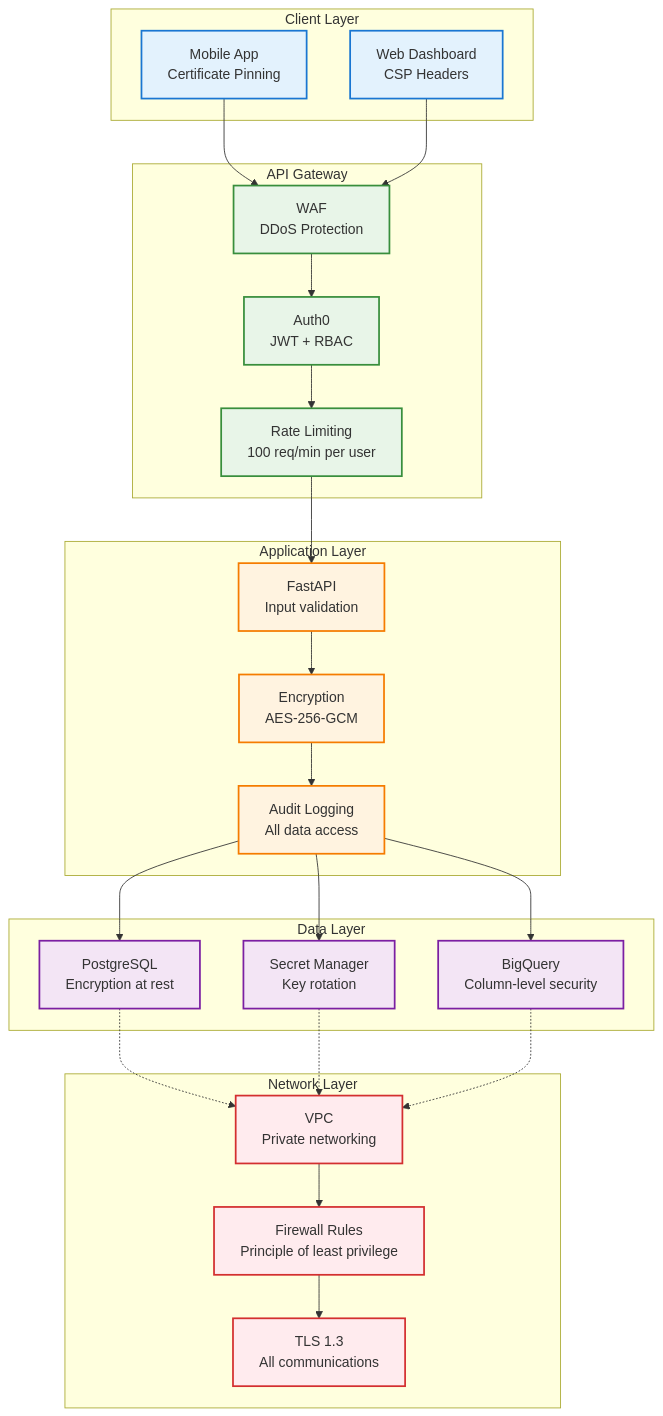
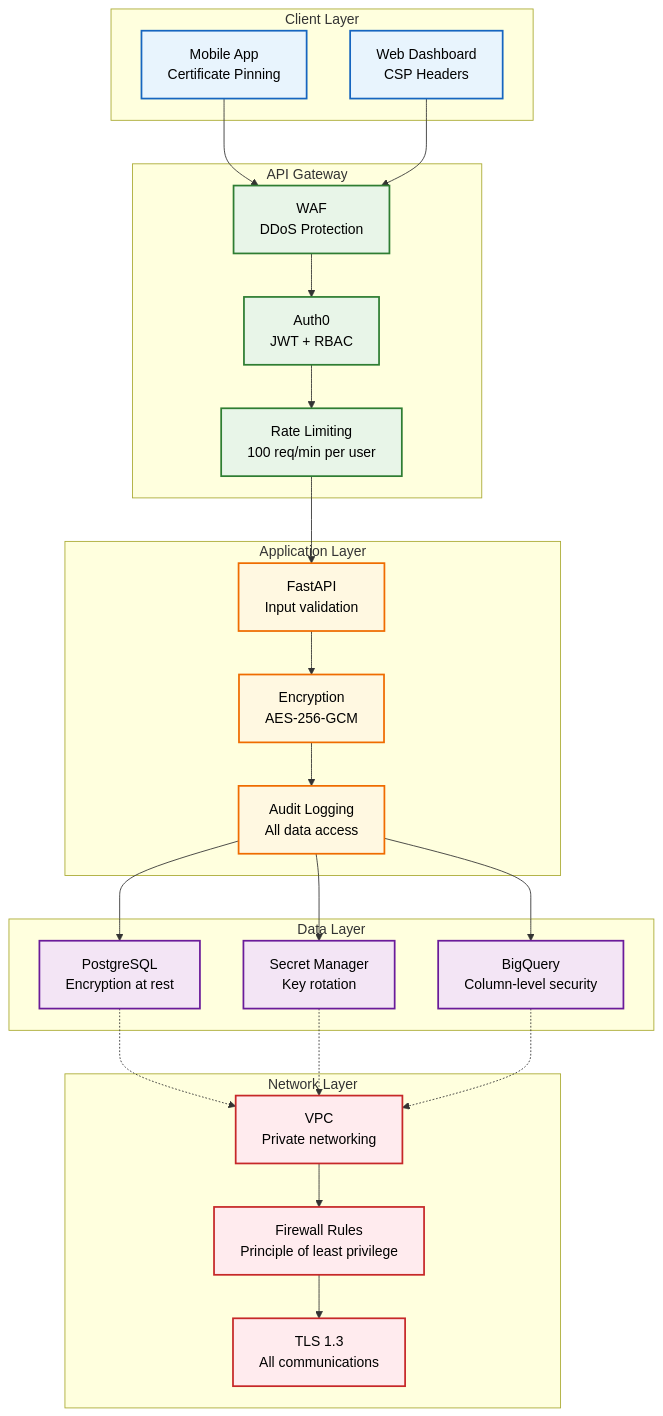
Before and after one commit to PriscillaOng12/Aegis: the fifth of 11 diagrams in docs/ARCHITECTURE.md, drawn with Mermaid. The commit also changed other lines of this file, not shown here.

````diff
--- a/docs/ARCHITECTURE.md
+++ b/docs/ARCHITECTURE.md
@@ -321,60 +321,60 @@
 ```mermaid
 graph TB
     subgraph "Client Layer"
-        A1[ Mobile App<br/>Certificate Pinning]
-        A2[ Web Dashboard<br/>CSP Headers]
+        A1[Mobile App<br/>Certificate Pinning]
+        A2[Web Dashboard<br/>CSP Headers]
     end
     
     subgraph "API Gateway"
-        B1[ WAF<br/>DDoS Protection]
-        B2[ Auth0<br/>JWT + RBAC]
-        B3[ Rate Limiting<br/>100 req/min per user]
+        B1[WAF<br/>DDoS Protection]
+        B2[Auth0<br/>JWT + RBAC]
+        B3[Rate Limiting<br/>100 req/min per user]
     end
     
     subgraph "Application Layer"
-        C1[ FastAPI<br/>Input validation]
-        C2[ Encryption<br/>AES-256-GCM]
-        C3[ Audit Logging<br/>All data access]
+        C1[FastAPI<br/>Input validation]
+        C2[Encryption<br/>AES-256-GCM]
+        C3[Audit Logging<br/>All data access]
     end
     
     subgraph "Data Layer"
         D1[PostgreSQL<br/>Encryption at rest]
-        D2[ Secret Manager<br/>Key rotation]
-        D3[ BigQuery<br/>Column-level security]
+        D2[Secret Manager<br/>Key rotation]
+        D3[BigQuery<br/>Column-level security]
     end
     
     subgraph "Network Layer"
-        E1[ VPC<br/>Private networking]
-        E2[ Firewall Rules<br/>Principle of least privilege]
-        E3[ TLS 1.3<br/>All communications]
+        E1[VPC<br/>Private networking]
+        E2[Firewall Rules<br/>Principle of least privilege]
+        E3[TLS 1.3<br/>All communications]
     end
     
     A1 --> B1
     A2 --> B1
     B1 --> B2
     B2 --> B3
     B3 --> C1
     C1 --> C2
     C2 --> C3
     C3 --> D1
     C3 --> D2
     C3 --> D3
     
     D1 -.-> E1
     D2 -.-> E1
     D3 -.-> E1
     E1 --> E2
     E2 --> E3
     
-    classDef client fill:#E3F2FD,stroke:#1976D2,stroke-width:2px
-    classDef gateway fill:#E8F5E8,stroke:#388E3C,stroke-width:2px
-    classDef app fill:#FFF3E0,stroke:#F57C00,stroke-width:2px
-    classDef data fill:#F3E5F5,stroke:#7B1FA2,stroke-width:2px
-    classDef network fill:#FFEBEE,stroke:#D32F2F,stroke-width:2px
+    classDef client fill:#E8F4FD,stroke:#1565C0,stroke-width:2px,color:#000000
+    classDef gateway fill:#E8F5E8,stroke:#2E7D32,stroke-width:2px,color:#000000
+    classDef app fill:#FFF8E1,stroke:#EF6C00,stroke-width:2px,color:#000000
+    classDef data fill:#F3E5F5,stroke:#6A1B9A,stroke-width:2px,color:#000000
+    classDef network fill:#FFEBEE,stroke:#C62828,stroke-width:2px,color:#000000
     
     class A1,A2 client
     class B1,B2,B3 gateway
     class C1,C2,C3 app
     class D1,D2,D3 data
     class E1,E2,E3 network
 ```
````
